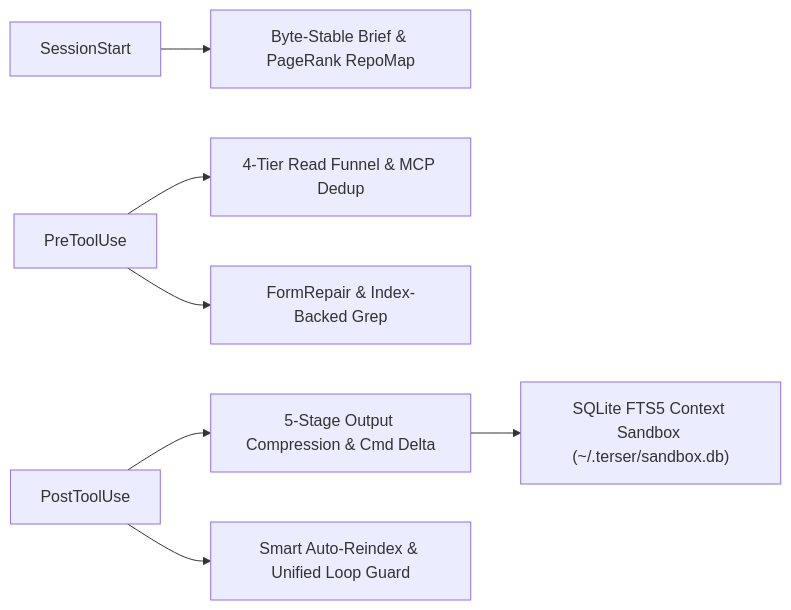
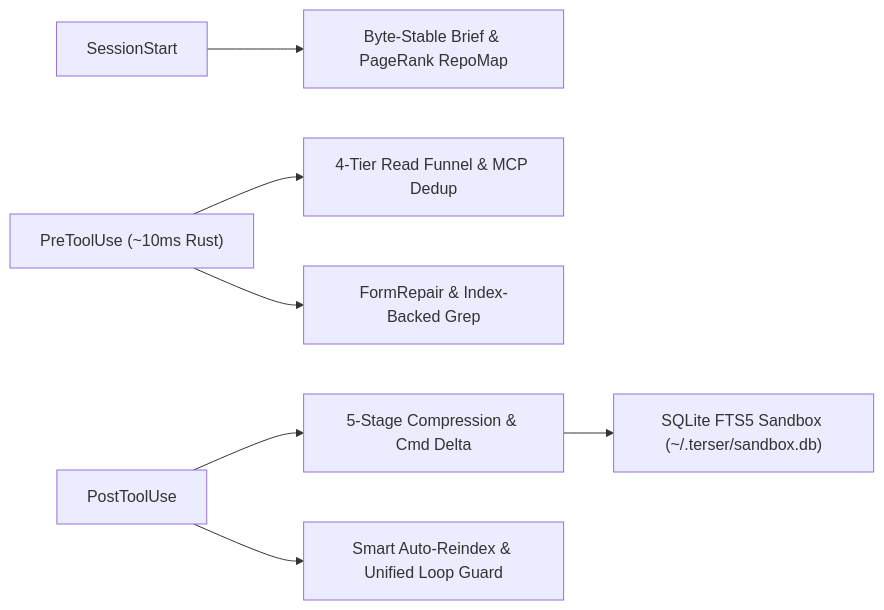
One commit to HyperExtendedReality/terser changed the diagram in README.md. Above: the diagram before and after it, drawn with Mermaid. The commit also changed other lines of this file, not shown here.

````diff
--- a/README.md
+++ b/README.md
@@ -57,9 +137,9 @@
 ```mermaid
 flowchart LR
-    A["SessionStart"] --> B["Byte-Stable Brief & PageRank RepoMap"]
-    C["PreToolUse"] --> D["4-Tier Read Funnel & MCP Dedup"]
-    C --> E["FormRepair & Index-Backed Grep"]
-    F["PostToolUse"] --> G["5-Stage Output Compression & Cmd Delta"]
-    G --> H["SQLite FTS5 Context Sandbox (~/.terser/sandbox.db)"]
-    F --> I["Smart Auto-Reindex & Unified Loop Guard"]
+    S["SessionStart"] --> B["Byte-Stable Brief & PageRank RepoMap"]
+    P["PreToolUse (~10ms Rust)"] --> RF["4-Tier Read Funnel & MCP Dedup"]
+    P --> FR["FormRepair & Index-Backed Grep"]
+    O["PostToolUse"] --> OC["5-Stage Compression & Cmd Delta"]
+    OC --> DB["SQLite FTS5 Sandbox (~/.terser/sandbox.db)"]
+    O --> LG["Smart Auto-Reindex & Unified Loop Guard"]
 ```
````
